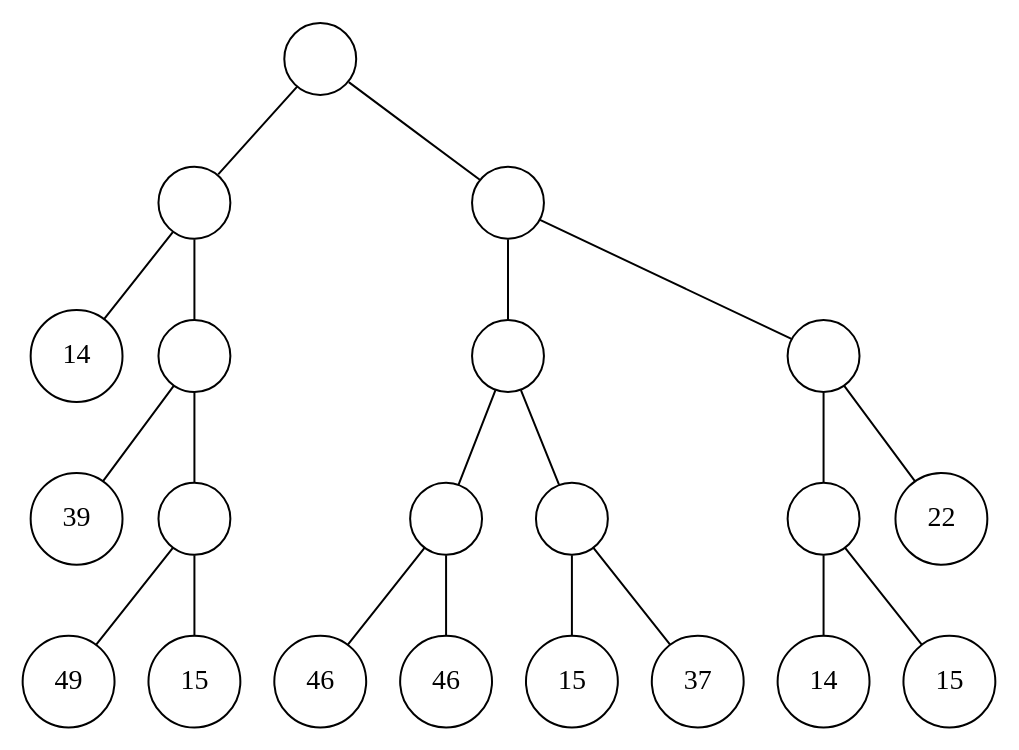
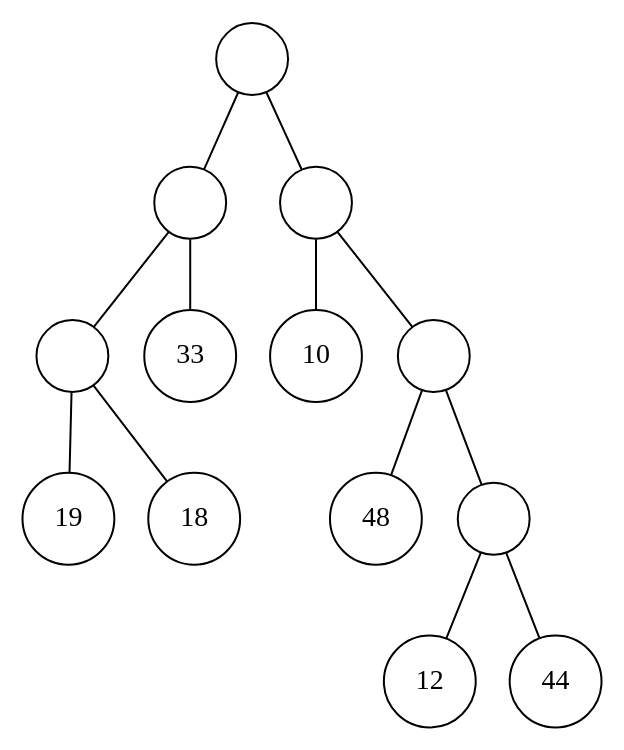
The diagram in BinTree/data/data_8/data_8.dot (sswaccount/BinTree), drawn with Graphviz before and after one commit. The commit also changed 68 other files, not shown here.

```diff
--- a/BinTree/data/data_8/data_8.dot
+++ b/BinTree/data/data_8/data_8.dot
@@ -1,44 +1,28 @@
 graph g {
 graph[ordering="out"];
 1[label="", shape=circle, width=0.5];
 1--2;
 1--3;
 2[label="", shape=circle, width=0.5];
 2--4;
 2--5;
-4[label="14",shape=circle, width=0.5];
-5[label="", shape=circle, width=0.5];
-5--10;
-5--11;
-10[label="39",shape=circle, width=0.5];
-11[label="", shape=circle, width=0.5];
-11--22;
-11--23;
-22[label="49",shape=circle, width=0.5];
-23[label="15",shape=circle, width=0.5];
+4[label="", shape=circle, width=0.5];
+4--8;
+4--9;
+8[label="19",shape=circle, width=0.5];
+9[label="18",shape=circle, width=0.5];
+5[label="33",shape=circle, width=0.5];
 3[label="", shape=circle, width=0.5];
 3--6;
 3--7;
-6[label="", shape=circle, width=0.5];
-6--12;
-6--13;
-12[label="", shape=circle, width=0.5];
-12--24;
-12--25;
-24[label="46",shape=circle, width=0.5];
-25[label="46",shape=circle, width=0.5];
-13[label="", shape=circle, width=0.5];
-13--26;
-13--27;
-26[label="15",shape=circle, width=0.5];
-27[label="37",shape=circle, width=0.5];
+6[label="10",shape=circle, width=0.5];
 7[label="", shape=circle, width=0.5];
 7--14;
 7--15;
-14[label="", shape=circle, width=0.5];
-14--28;
-14--29;
-28[label="14",shape=circle, width=0.5];
-29[label="15",shape=circle, width=0.5];
-15[label="22",shape=circle, width=0.5];
+14[label="48",shape=circle, width=0.5];
+15[label="", shape=circle, width=0.5];
+15--30;
+15--31;
+30[label="12",shape=circle, width=0.5];
+31[label="44",shape=circle, width=0.5];
 }
```
